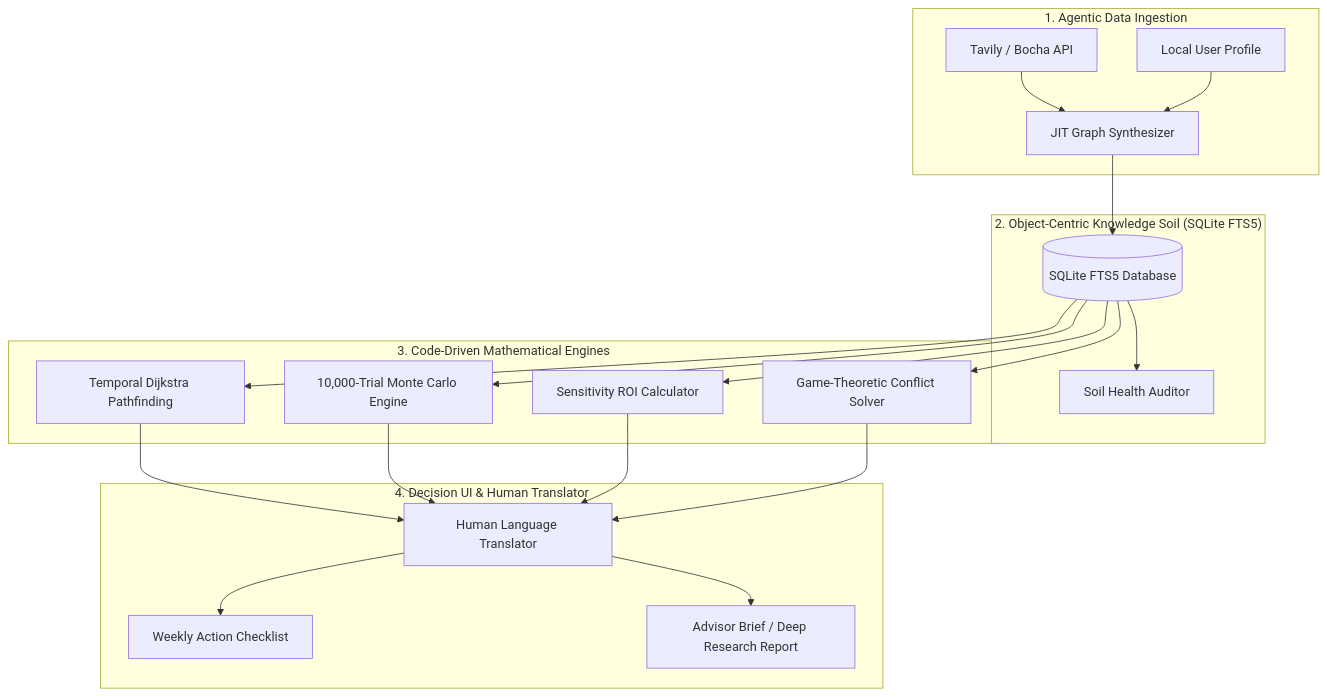
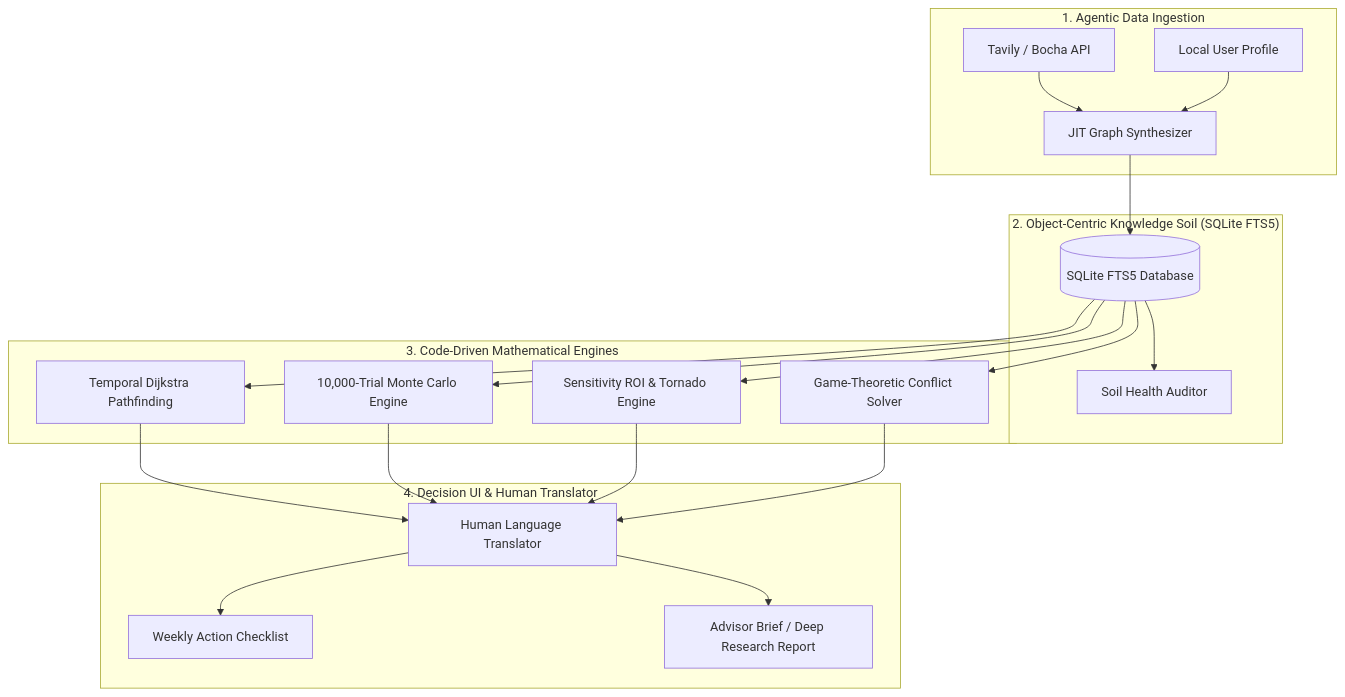
One commit to CaryK753/LifeTree-Skills changed the diagram in README.md. Above: the diagram before and after it, drawn with Mermaid. The commit also changed other lines of this file and 6 other files, not shown here.

Commit message:
feat: add Tornado Diagram Risk Sensitivity Engine, Anthropic Skill Standard compliance, and Star History charts

````diff
--- a/README.md
+++ b/README.md
@@ -97,25 +110,25 @@
 ```mermaid
 flowchart TD
     subgraph DataIngestion["1. Agentic Data Ingestion"]
         A[Tavily / Bocha API] --> B[JIT Graph Synthesizer]
         C[Local User Profile] --> B
     end
 
     subgraph KnowledgeSoil["2. Object-Centric Knowledge Soil (SQLite FTS5)"]
         B --> D[(SQLite FTS5 Database)]
         D --> E[Soil Health Auditor]
     end
 
     subgraph CalculationEngines["3. Code-Driven Mathematical Engines"]
         D --> F[Temporal Dijkstra Pathfinding]
         D --> G[10,000-Trial Monte Carlo Engine]
-        D --> H[Sensitivity ROI Calculator]
+        D --> H[Sensitivity ROI & Tornado Engine]
         D --> I[Game-Theoretic Conflict Solver]
     end
 
     subgraph UserInterface["4. Decision UI & Human Translator"]
         F & G & H & I --> J[Human Language Translator]
         J --> K[Weekly Action Checklist]
         J --> L[Advisor Brief / Deep Research Report]
     end
 ```
````
